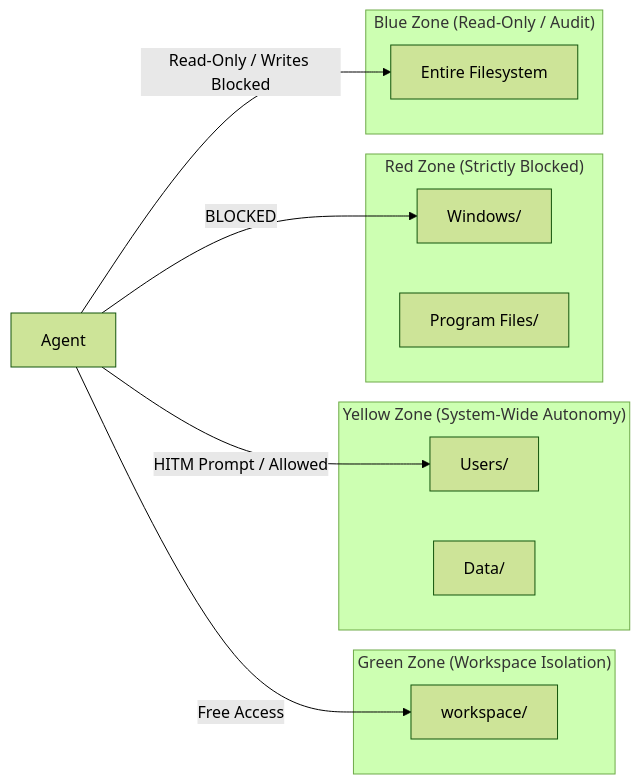
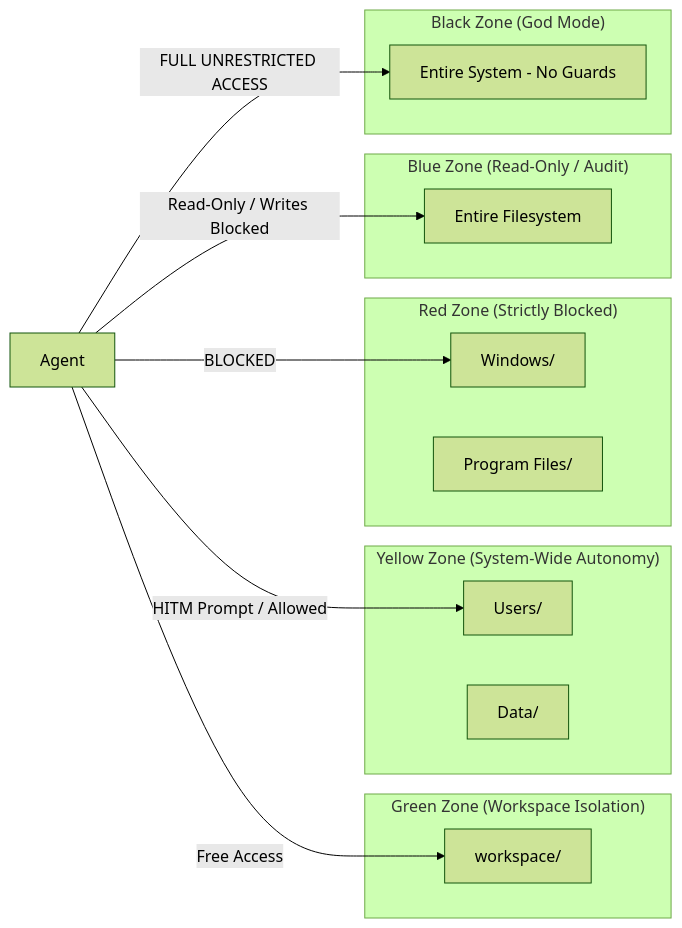
One commit to shrs425p/AgenticOS changed the third of 5 diagrams in manuals/visual.md. Above: the diagram before and after it, drawn with Mermaid (forest theme). The commit also changed other lines of this file and 49 other files, not shown here.

````diff
--- a/manuals/visual.md
+++ b/manuals/visual.md
@@ -56,22 +56,26 @@
 ```mermaid
 graph LR
     subgraph "Green Zone (Workspace Isolation)"
         W[workspace/]
     end
     subgraph "Yellow Zone (System-Wide Autonomy)"
         U[Users/]
         D[Data/]
     end
     subgraph "Red Zone (Strictly Blocked)"
         Win[Windows/]
         PF[Program Files/]
     end
     subgraph "Blue Zone (Read-Only / Audit)"
         RO[Entire Filesystem]
     end
+    subgraph "Black Zone (God Mode)"
+        God[Entire System - No Guards]
+    end
     
     Agent -->|Free Access| W
     Agent -->|HITM Prompt / Allowed| U
     Agent -->|BLOCKED| Win
     Agent -->|Read-Only / Writes Blocked| RO
+    Agent -->|FULL UNRESTRICTED ACCESS| God
 ```
````
